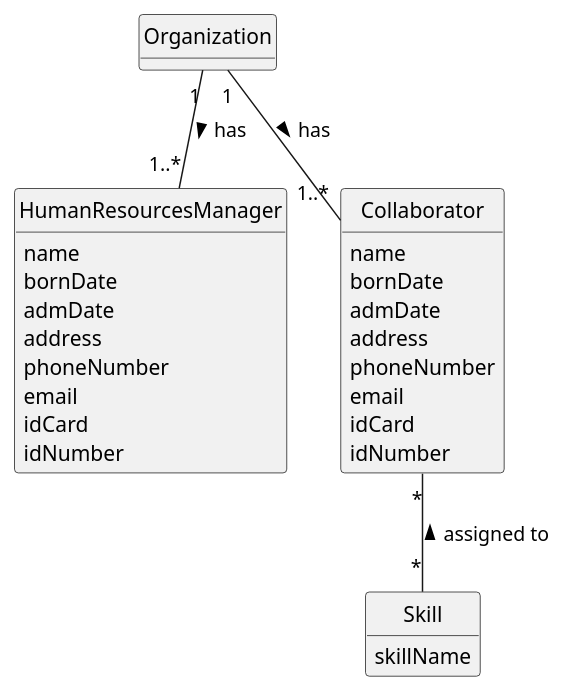
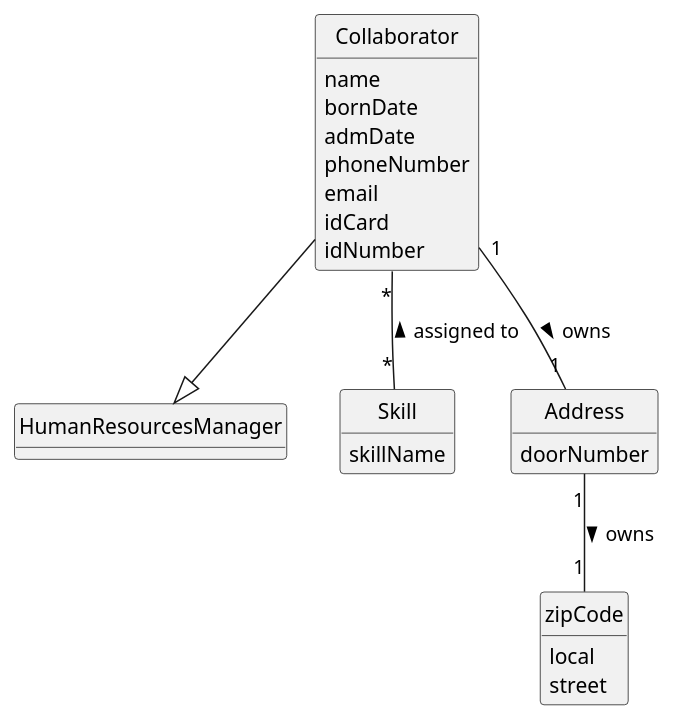
The diagram in docs/sprint2/us004/02.analysis/puml/us004-domain-model.puml (1231360-ISEP/lei-24-s2-1db-g021), drawn with PlantUML before and after one commit. The commit also changed 13 other files, not shown here.

Commit message:
Update Analysis OO - Domain Model and SVG´s

```diff
--- a/docs/sprint2/us004/02.analysis/puml/us004-domain-model.puml
+++ b/docs/sprint2/us004/02.analysis/puml/us004-domain-model.puml
@@ -1,47 +1,42 @@
 @startuml
 skinparam monochrome true
 skinparam packageStyle rectangle
 skinparam shadowing false
-
-'left to right direction
 
 skinparam classAttributeIconSize 0
 
 hide circle
 hide methods
 
-'title Domain Model
-
-class Organization {
-}
-
-class HumanResourcesManager {
-    name
-    bornDate
-    admDate
-    address
-    phoneNumber
-    email
-    idCard
-    idNumber
-}
+class HumanResourcesManager {}
 
 class Collaborator {
     name
     bornDate
     admDate
-    address
     phoneNumber
     email
     idCard
     idNumber
 }
 
 class Skill {
     skillName
 }
 
-Organization "1" -- "1..*" Collaborator : has >
-Organization "1" -- "1..*" HumanResourcesManager : has >
+class Address {
+    doorNumber
+}
+
+class zipCode {
+    local
+    street
+}
+
+
+Collaborator --|> HumanResourcesManager
 Collaborator "*" -- "*" Skill : assigned to <
+Collaborator "1" -- "1" Address: owns >
+Address "1" -- "1" zipCode : owns >
+
 @enduml
```
